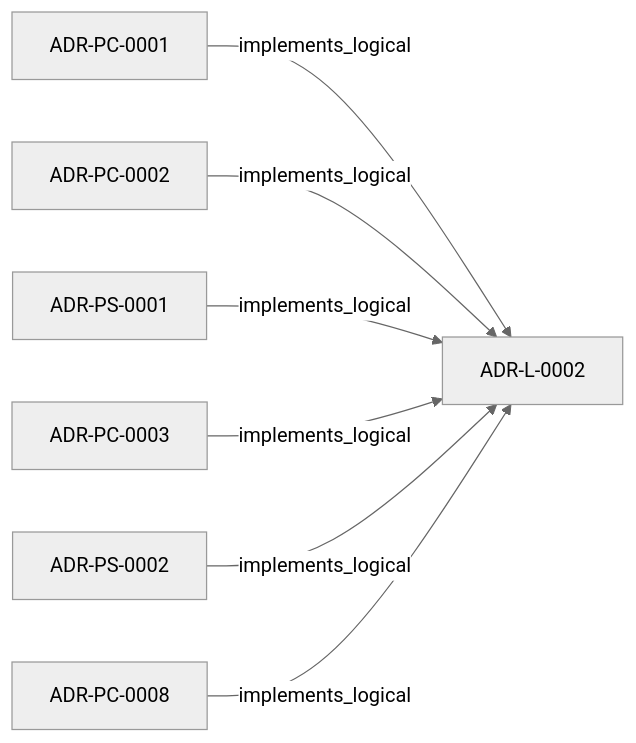
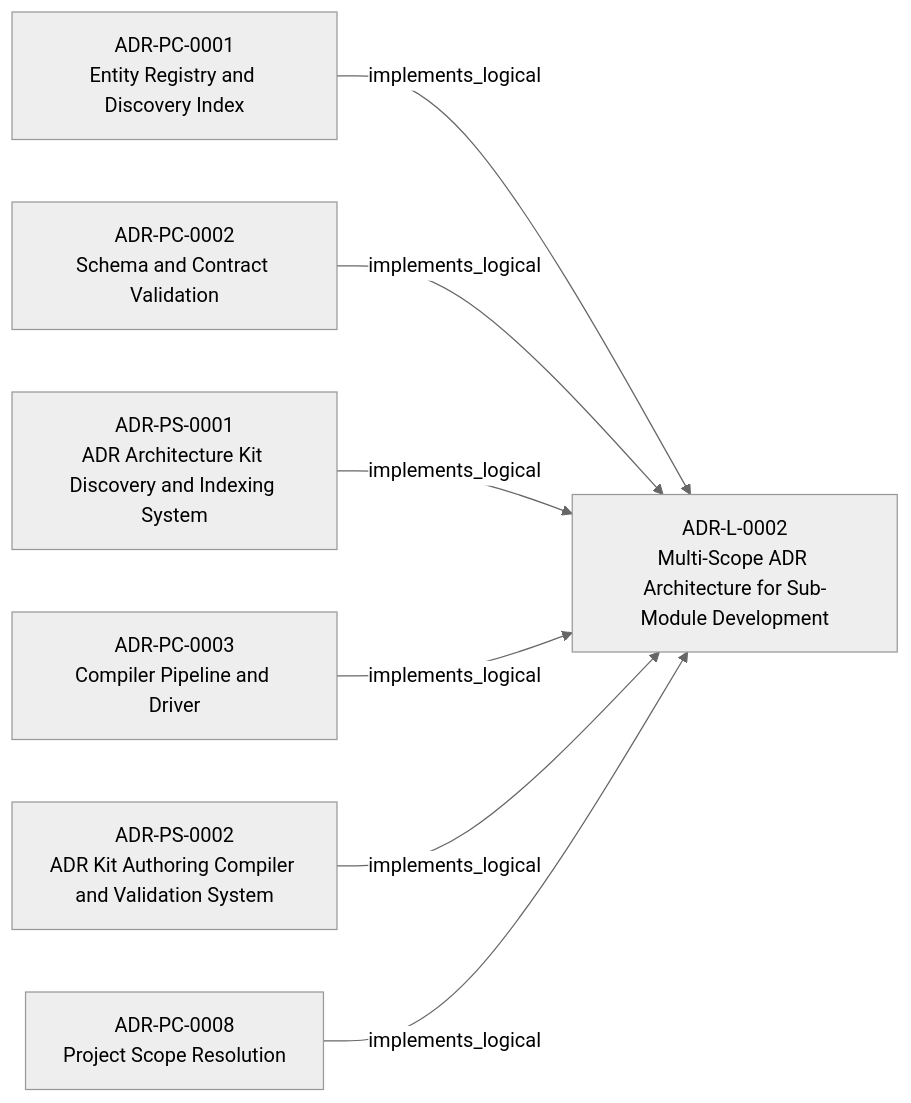
Before and after one commit to egallmann/adr-architecture-kit: the first of 2 diagrams in adrs/adr-projection/logical/ADR-L-0002-multi-scope-adr-architecture-for-sub-module-development.md, drawn with Mermaid (neutral theme). The commit also changed other lines of this file and 35 other files, not shown here.

````diff
--- a/adrs/adr-projection/logical/ADR-L-0002-multi-scope-adr-architecture-for-sub-module-development.md
+++ b/adrs/adr-projection/logical/ADR-L-0002-multi-scope-adr-architecture-for-sub-module-development.md
@@ -31,16 +31,16 @@
 ```mermaid
 flowchart LR
-  n_019fee89_e615_7f19_810b_c7b33a9d9e0d["ADR-L-0002"]
-  n_019fee89_e617_7270_ab2f_58a756d2530e["ADR-PC-0001"]
-  n_019fee89_e617_7d2b_8325_cd85ff814477["ADR-PC-0002"]
-  n_019fee89_e618_7b3e_813b_a449881b6adb["ADR-PS-0001"]
-  n_019fee89_e618_7b76_843f_cfe21ceb2ea6["ADR-PC-0003"]
-  n_019fee89_e618_7d04_9337_4aa2d3258507["ADR-PS-0002"]
-  n_01a048d8_454a_7464_bcaa_718fa77bed6a["ADR-PC-0008"]
+  n_019fee89_e615_7f19_810b_c7b33a9d9e0d["ADR-L-0002<br/>Multi-Scope ADR Architecture for Sub-Module Development"]
+  n_019fee89_e617_7270_ab2f_58a756d2530e["ADR-PC-0001<br/>Entity Registry and Discovery Index"]
+  n_019fee89_e617_7d2b_8325_cd85ff814477["ADR-PC-0002<br/>Schema and Contract Validation"]
+  n_019fee89_e618_7b3e_813b_a449881b6adb["ADR-PS-0001<br/>ADR Architecture Kit Discovery and Indexing System"]
+  n_019fee89_e618_7b76_843f_cfe21ceb2ea6["ADR-PC-0003<br/>Compiler Pipeline and Driver"]
+  n_019fee89_e618_7d04_9337_4aa2d3258507["ADR-PS-0002<br/>ADR Kit Authoring Compiler and Validation System"]
+  n_01a048d8_454a_7464_bcaa_718fa77bed6a["ADR-PC-0008<br/>Project Scope Resolution"]
   n_019fee89_e617_7270_ab2f_58a756d2530e -->|"implements_logical"| n_019fee89_e615_7f19_810b_c7b33a9d9e0d
   n_019fee89_e617_7d2b_8325_cd85ff814477 -->|"implements_logical"| n_019fee89_e615_7f19_810b_c7b33a9d9e0d
   n_019fee89_e618_7b3e_813b_a449881b6adb -->|"implements_logical"| n_019fee89_e615_7f19_810b_c7b33a9d9e0d
   n_019fee89_e618_7b76_843f_cfe21ceb2ea6 -->|"implements_logical"| n_019fee89_e615_7f19_810b_c7b33a9d9e0d
   n_019fee89_e618_7d04_9337_4aa2d3258507 -->|"implements_logical"| n_019fee89_e615_7f19_810b_c7b33a9d9e0d
   n_01a048d8_454a_7464_bcaa_718fa77bed6a -->|"implements_logical"| n_019fee89_e615_7f19_810b_c7b33a9d9e0d
 ```
````
